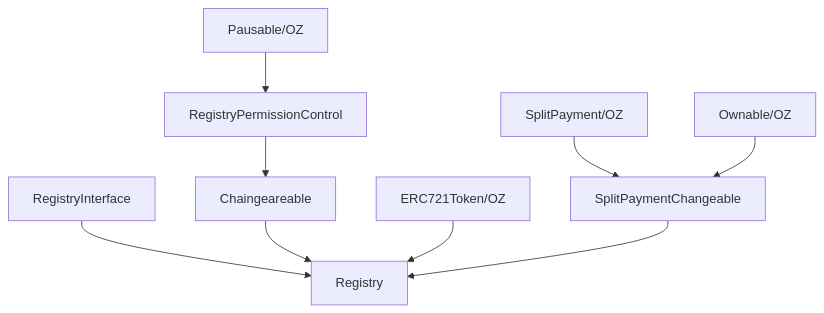
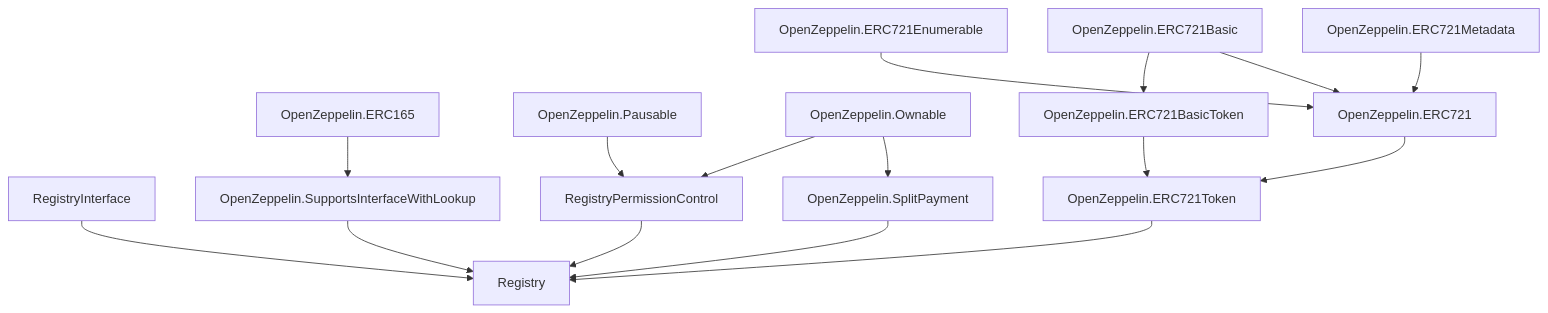
The diagram in docs/mermaid/origin/contracts-registry_inheritance.mmd (cybercongress/chaingear), drawn with Mermaid before and after one commit. The commit also changed 18 other files, not shown here.

```diff
--- a/docs/mermaid/origin/contracts-registry_inheritance.mmd
+++ b/docs/mermaid/origin/contracts-registry_inheritance.mmd
@@ -1,10 +1,16 @@
 graph TD;
     RegistryInterface-->Registry;
-    Chaingeareable-->Registry;
-    ERC721Token/OZ-->Registry;
-    SplitPaymentChangeable-->Registry;
-    SplitPayment/OZ-->SplitPaymentChangeable;
-    RegistryPermissionControl-->Chaingeareable;
-
-    Pausable/OZ-->RegistryPermissionControl;
-    Ownable/OZ-->SplitPaymentChangeable;
+    OpenZeppelin.ERC721Token-->Registry;
+    OpenZeppelin.SplitPayment-->Registry;
+    RegistryPermissionControl-->Registry;
+    OpenZeppelin.SupportsInterfaceWithLookup-->Registry;
+    OpenZeppelin.ERC165-->OpenZeppelin.SupportsInterfaceWithLookup;
+    OpenZeppelin.Pausable-->RegistryPermissionControl;
+    OpenZeppelin.Ownable-->RegistryPermissionControl;
+    OpenZeppelin.Ownable-->OpenZeppelin.SplitPayment;
+    OpenZeppelin.ERC721-->OpenZeppelin.ERC721Token;
+    OpenZeppelin.ERC721BasicToken-->OpenZeppelin.ERC721Token;
+    OpenZeppelin.ERC721Basic-->OpenZeppelin.ERC721BasicToken;
+    OpenZeppelin.ERC721Basic-->OpenZeppelin.ERC721;
+    OpenZeppelin.ERC721Enumerable-->OpenZeppelin.ERC721;
+    OpenZeppelin.ERC721Metadata-->OpenZeppelin.ERC721;
```
